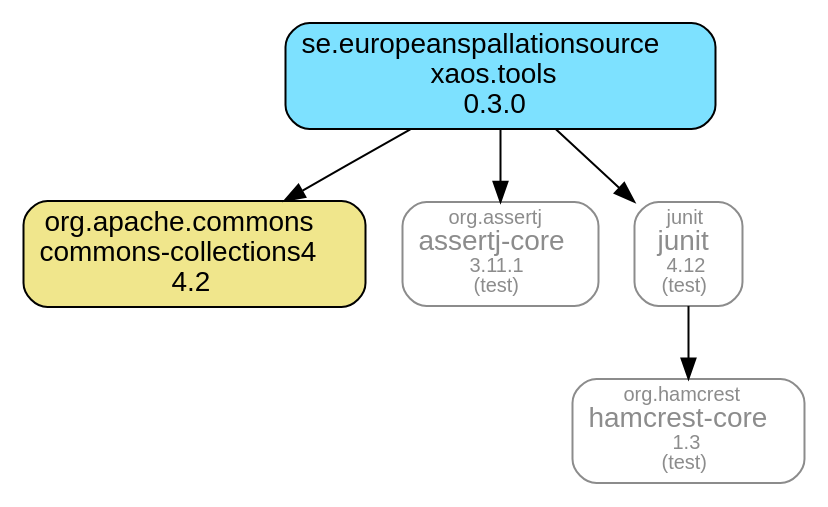
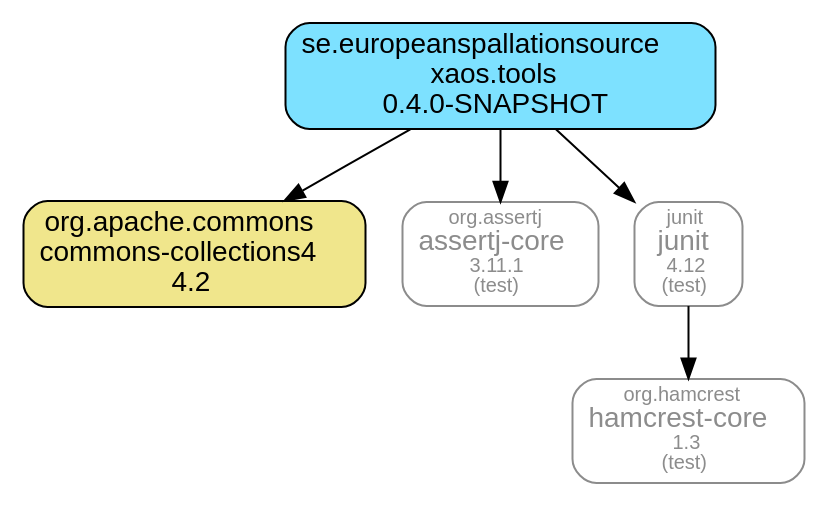
One commit to ESSICS/XAOS changed the diagram in xaos.tools.module/doc/maven-dependencies.dot. Above: the diagram before and after it, drawn with Graphviz. The commit also changed 15 other files, not shown here.

```diff
--- a/xaos.tools.module/doc/maven-dependencies.dot
+++ b/xaos.tools.module/doc/maven-dependencies.dot
@@ -1,17 +1,17 @@
 digraph "xaos.tools" {
   node [shape="box",style="rounded",fontname="Helvetica",fontsize="14"]
   edge [fontsize="10",fontname="Helvetica"]
 
   // Node Definitions:
-  "se.europeanspallationsource:xaos.tools:jar"[shape="box",style="rounded, filled",fillcolor="#7DE1FF",label=<se.europeanspallationsource<br/>xaos.tools<br/>0.3.0>]
+  "se.europeanspallationsource:xaos.tools:jar"[shape="box",style="rounded, filled",fillcolor="#7DE1FF",label=<se.europeanspallationsource<br/>xaos.tools<br/>0.4.0-SNAPSHOT>]
   "org.apache.commons:commons-collections4:jar"[shape="box",style="rounded, filled",fillcolor="khaki",label=<org.apache.commons<br/>commons-collections4<br/>4.2>]
   "org.assertj:assertj-core:jar"[shape="box",style="rounded",color="grey55",fontname="Helvetica",fontsize="14",fontcolor="grey55",label=<<font color="grey55" point-size="10">org.assertj</font><br/>assertj-core<font color="grey55" point-size="10"><br/>3.11.1</font><font color="grey55" point-size="10"><br/>(test)</font>>]
   "junit:junit:jar"[shape="box",style="rounded",color="grey55",fontname="Helvetica",fontsize="14",fontcolor="grey55",label=<<font color="grey55" point-size="10">junit</font><br/>junit<font color="grey55" point-size="10"><br/>4.12</font><font color="grey55" point-size="10"><br/>(test)</font>>]
   "org.hamcrest:hamcrest-core:jar"[shape="box",style="rounded",color="grey55",fontname="Helvetica",fontsize="14",fontcolor="grey55",label=<<font color="grey55" point-size="10">org.hamcrest</font><br/>hamcrest-core<font color="grey55" point-size="10"><br/>1.3</font><font color="grey55" point-size="10"><br/>(test)</font>>]
 
   // Edge Definitions:
   "se.europeanspallationsource:xaos.tools:jar" -> "org.apache.commons:commons-collections4:jar"
   "se.europeanspallationsource:xaos.tools:jar" -> "org.assertj:assertj-core:jar"
   "junit:junit:jar" -> "org.hamcrest:hamcrest-core:jar"
   "se.europeanspallationsource:xaos.tools:jar" -> "junit:junit:jar"
 }
```
